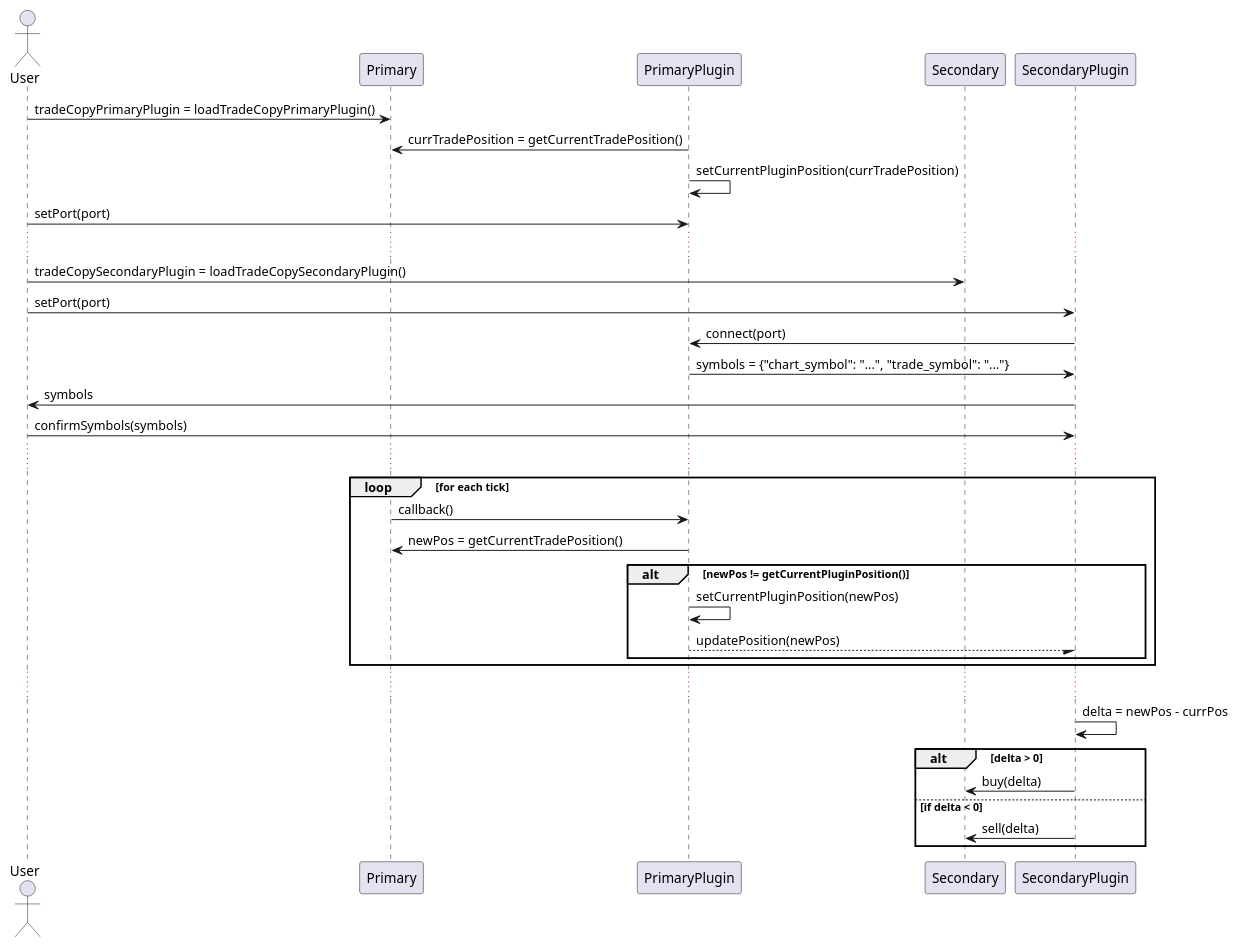
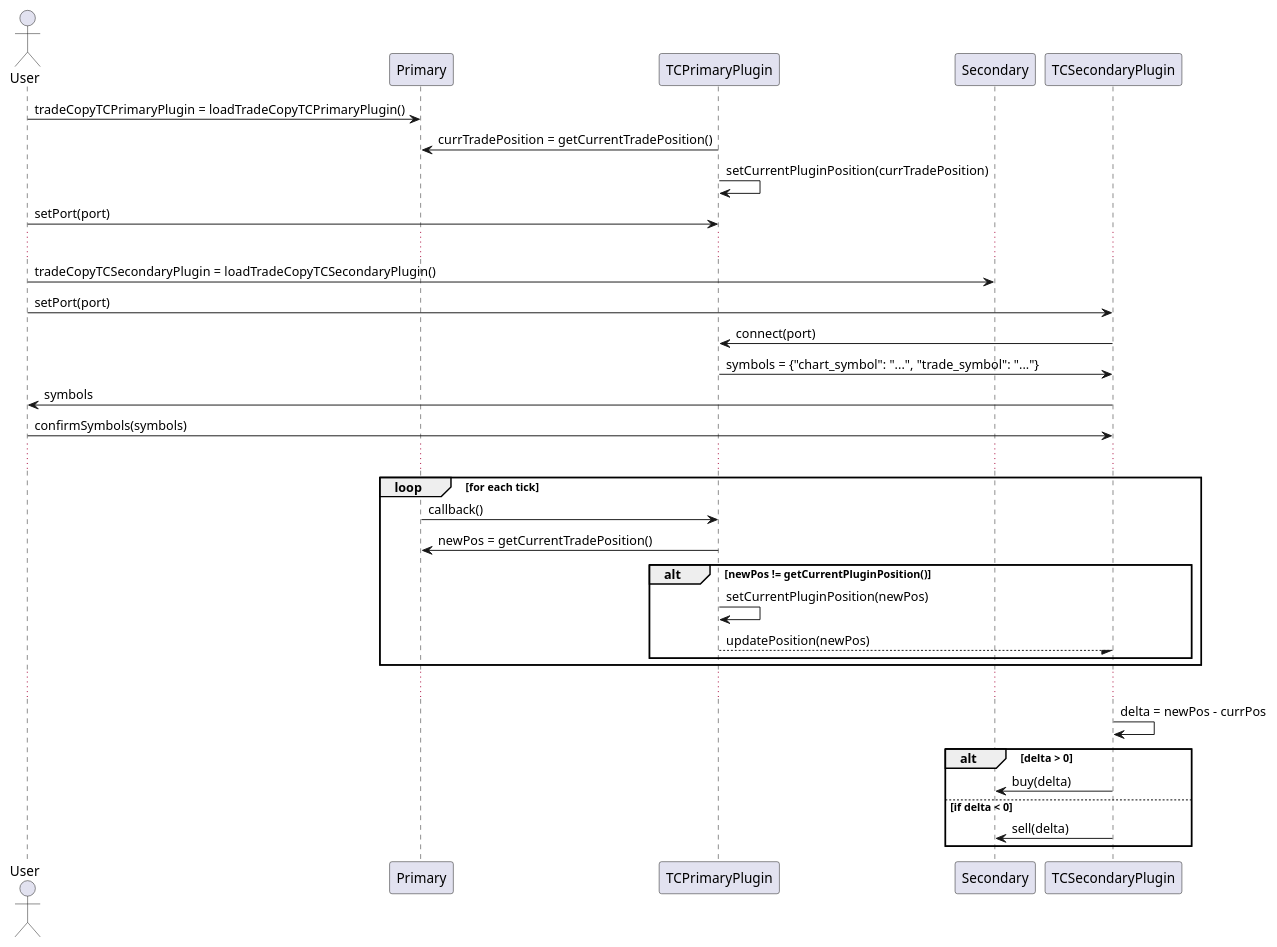
One commit to sohailsomani/sc_position_copy changed the first of 2 diagrams in dev/design.org. Above: the diagram before and after it, drawn with PlantUML. The commit also changed other lines of this file and 3 other files, not shown here.

Commit message:
Add class diagram

```diff
--- a/dev/design.org
+++ b/dev/design.org
@@ -3,38 +3,38 @@
 #+begin_src plantuml :file sequence.png
   @startuml
 
   actor User
   participant Primary
-  participant PrimaryPlugin
+  participant TCPrimaryPlugin
   participant Secondary
-  participant SecondaryPlugin
+  participant TCSecondaryPlugin
 
-  User -> Primary: tradeCopyPrimaryPlugin = loadTradeCopyPrimaryPlugin()
-  PrimaryPlugin -> Primary: currTradePosition = getCurrentTradePosition()
-  PrimaryPlugin -> PrimaryPlugin: setCurrentPluginPosition(currTradePosition)
-  User -> PrimaryPlugin: setPort(port)
+  User -> Primary: tradeCopyTCPrimaryPlugin = loadTradeCopyTCPrimaryPlugin()
+  TCPrimaryPlugin -> Primary: currTradePosition = getCurrentTradePosition()
+  TCPrimaryPlugin -> TCPrimaryPlugin: setCurrentPluginPosition(currTradePosition)
+  User -> TCPrimaryPlugin: setPort(port)
   ...
-  User -> Secondary: tradeCopySecondaryPlugin = loadTradeCopySecondaryPlugin()
-  User -> SecondaryPlugin: setPort(port)
-  SecondaryPlugin -> PrimaryPlugin: connect(port)
-  PrimaryPlugin -> SecondaryPlugin: symbols = {"chart_symbol": "...", "trade_symbol": "..."}
-  SecondaryPlugin -> User: symbols
-  User -> SecondaryPlugin: confirmSymbols(symbols)
+  User -> Secondary: tradeCopyTCSecondaryPlugin = loadTradeCopyTCSecondaryPlugin()
+  User -> TCSecondaryPlugin: setPort(port)
+  TCSecondaryPlugin -> TCPrimaryPlugin: connect(port)
+  TCPrimaryPlugin -> TCSecondaryPlugin: symbols = {"chart_symbol": "...", "trade_symbol": "..."}
+  TCSecondaryPlugin -> User: symbols
+  User -> TCSecondaryPlugin: confirmSymbols(symbols)
   ...
   loop for each tick
-  Primary -> PrimaryPlugin: callback()
-  PrimaryPlugin -> Primary: newPos = getCurrentTradePosition()
+  Primary -> TCPrimaryPlugin: callback()
+  TCPrimaryPlugin -> Primary: newPos = getCurrentTradePosition()
   alt newPos != getCurrentPluginPosition()
-    PrimaryPlugin -> PrimaryPlugin: setCurrentPluginPosition(newPos)
-    PrimaryPlugin --/ SecondaryPlugin: updatePosition(newPos)
+    TCPrimaryPlugin -> TCPrimaryPlugin: setCurrentPluginPosition(newPos)
+    TCPrimaryPlugin --/ TCSecondaryPlugin: updatePosition(newPos)
   end
   end
   ...
-  SecondaryPlugin -> SecondaryPlugin: delta = newPos - currPos
+  TCSecondaryPlugin -> TCSecondaryPlugin: delta = newPos - currPos
   alt delta > 0
-    SecondaryPlugin -> Secondary: buy(delta)
+    TCSecondaryPlugin -> Secondary: buy(delta)
   else if delta < 0
-    SecondaryPlugin -> Secondary: sell(delta)
+    TCSecondaryPlugin -> Secondary: sell(delta)
   end
   @enduml
 #+end_src
```
